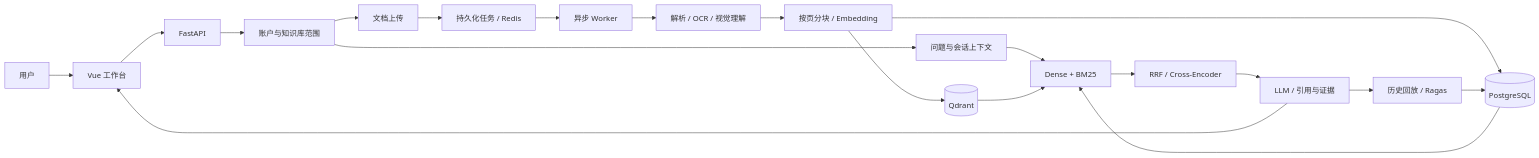
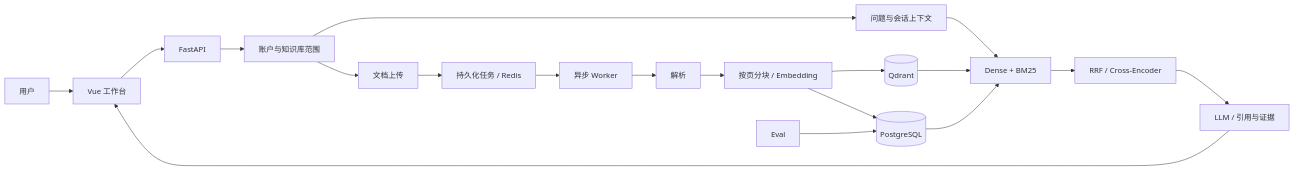
One commit to fredtrump86/KnowledgePilot changed the diagram in README.md. Above: the diagram before and after it, drawn with Mermaid. The commit also changed other lines of this file, not shown here.

````diff
--- a/README.md
+++ b/README.md
@@ -107,22 +52,21 @@
 ```mermaid
 flowchart LR
     User[用户] --> Web[Vue 工作台]
     Web --> API[FastAPI]
     API --> Auth[账户与知识库范围]
     Auth --> Upload[文档上传]
     Upload --> Jobs[持久化任务 / Redis]
     Jobs --> Worker[异步 Worker]
-    Worker --> Parse[解析 / OCR / 视觉理解]
+    Worker --> Parse[解析]
     Parse --> Split[按页分块 / Embedding]
     Split --> Qdrant[(Qdrant)]
     Split --> PG[(PostgreSQL)]
     Auth --> Query[问题与会话上下文]
     Query --> Hybrid[Dense + BM25]
     Qdrant --> Hybrid
     PG --> Hybrid
     Hybrid --> Rank[RRF / Cross-Encoder]
     Rank --> Answer[LLM / 引用与证据]
     Answer --> Web
-    Answer --> Eval[历史回放 / Ragas]
     Eval --> PG
 ```
````
